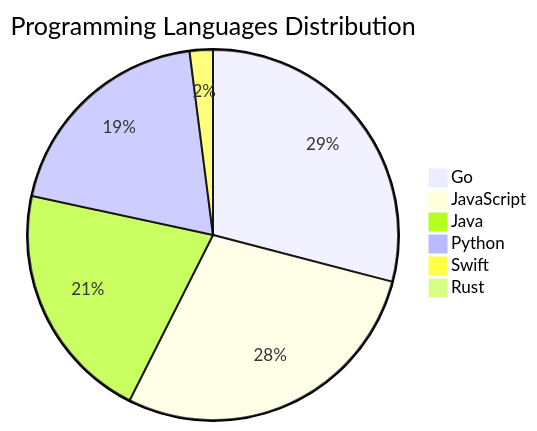
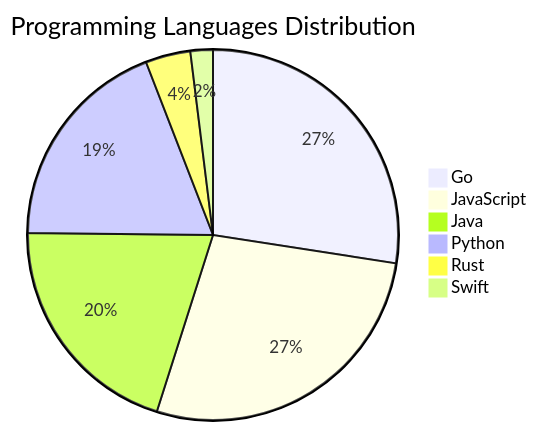
One commit to Derrick-MUGISHA/github-activity-bot changed the diagram in README.md. Above: the diagram before and after it, drawn with Mermaid. The commit also changed other lines of this file and 4 other files, not shown here.

````diff
--- a/README.md
+++ b/README.md
@@ -206,9 +206,9 @@
 ```mermaid
 pie title Programming Languages Distribution
-    "Go" : 43
+    "Go" : 42
     "JavaScript" : 42
     "Java" : 31
     "Python" : 29
+    "Rust" : 6
     "Swift" : 3
-    "Rust" : 1
 ```
````
